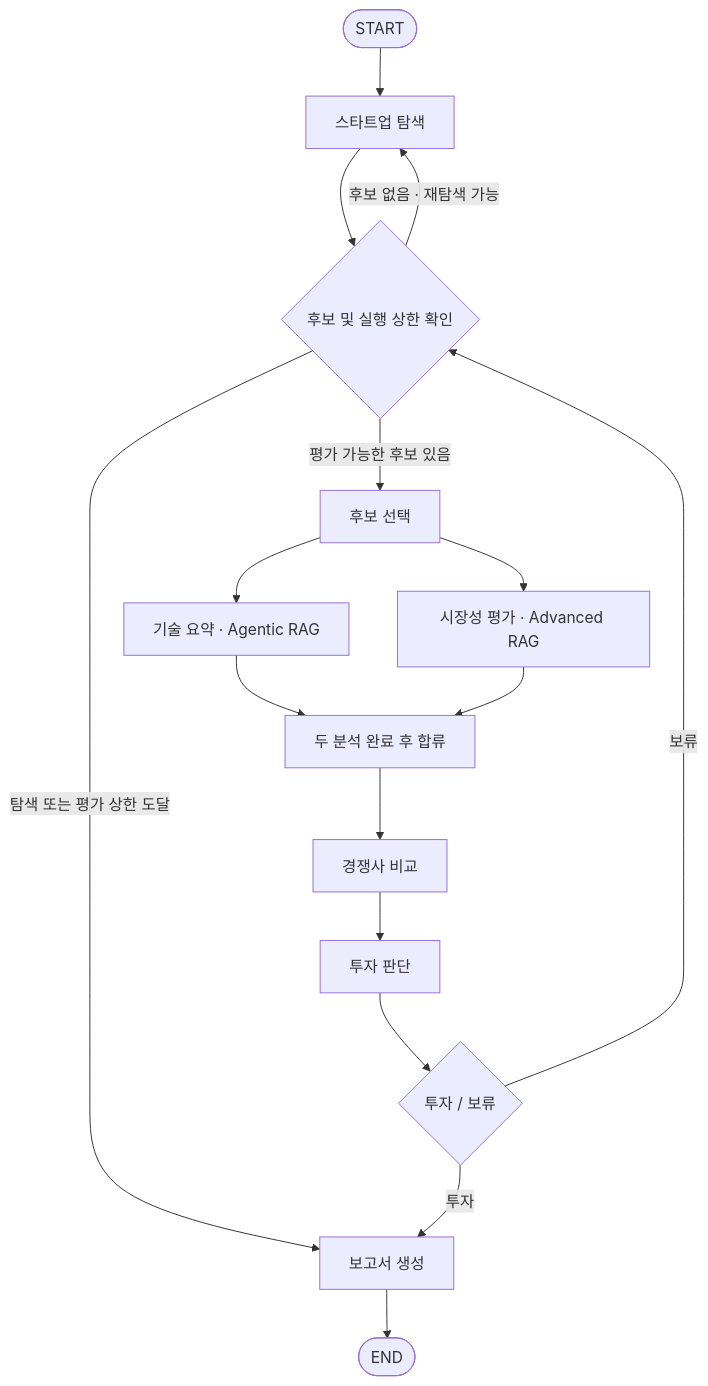
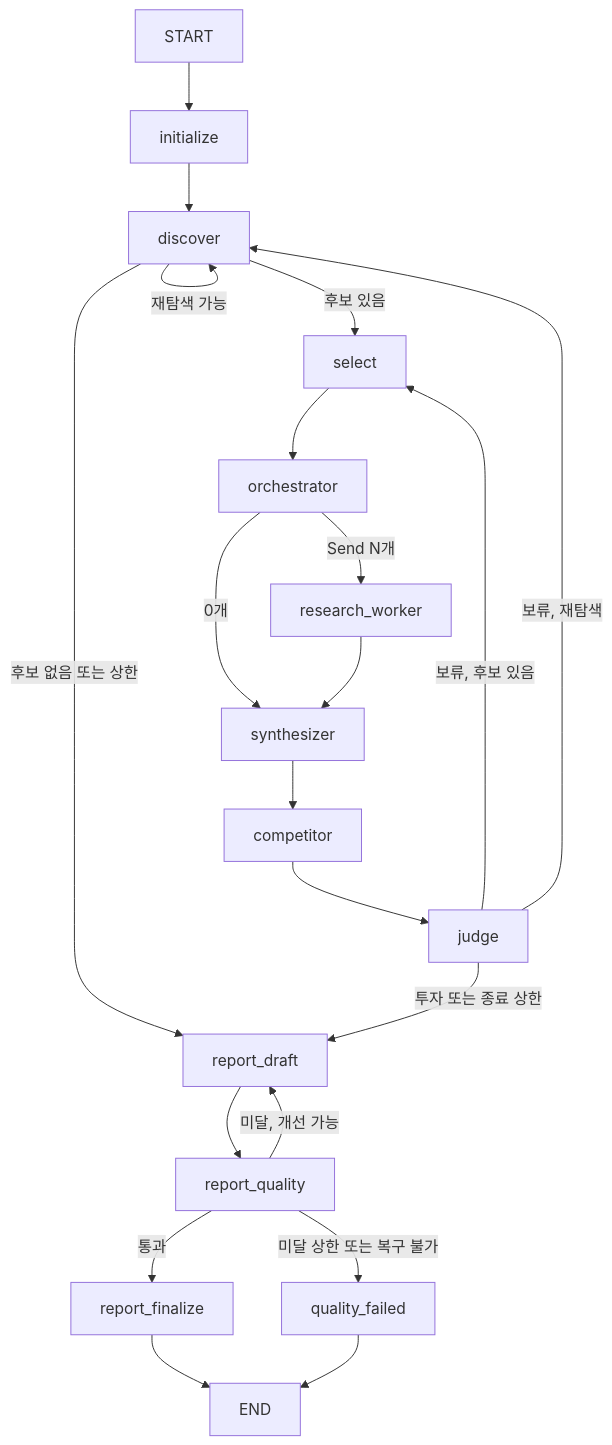
One commit to pingu-journey/capstone changed the diagram in README.md. Above: the diagram before and after it, drawn with Mermaid. The commit also changed other lines of this file and 57 other files, not shown here.

````diff
--- a/README.md
+++ b/README.md
@@ -69,18 +84,19 @@
 ```mermaid
 flowchart TD
-    START([START]) --> discover[스타트업 탐색]
-    discover --> queue{후보 및 실행 상한 확인}
-    queue -->|평가 가능한 후보 있음| select[후보 선택]
-    queue -->|후보 없음 · 재탐색 가능| discover
-    queue -->|탐색 또는 평가 상한 도달| report[보고서 생성]
-    select --> tech_summary[기술 요약 · Agentic RAG]
-    select --> market_eval[시장성 평가 · Advanced RAG]
-    tech_summary --> join[두 분석 완료 후 합류]
-    market_eval --> join
-    join --> competitor[경쟁사 비교]
-    competitor --> judge[투자 판단]
-    judge --> decision{투자 / 보류}
-    decision -->|투자| report
-    decision -->|보류| queue
-    report --> END([END])
+    START --> initialize --> discover
+    discover -->|후보 있음| select
+    discover -->|재탐색 가능| discover
+    discover -->|후보 없음 또는 상한| report_draft
+    select --> orchestrator
+    orchestrator -->|Send N개| research_worker
+    orchestrator -->|0개| synthesizer
+    research_worker --> synthesizer
+    synthesizer --> competitor --> judge
+    judge -->|보류, 후보 있음| select
+    judge -->|보류, 재탐색| discover
+    judge -->|투자 또는 종료 상한| report_draft
+    report_draft --> report_quality
+    report_quality -->|미달, 개선 가능| report_draft
+    report_quality -->|통과| report_finalize --> END
+    report_quality -->|미달 상한 또는 복구 불가| quality_failed --> END
 ```
````
